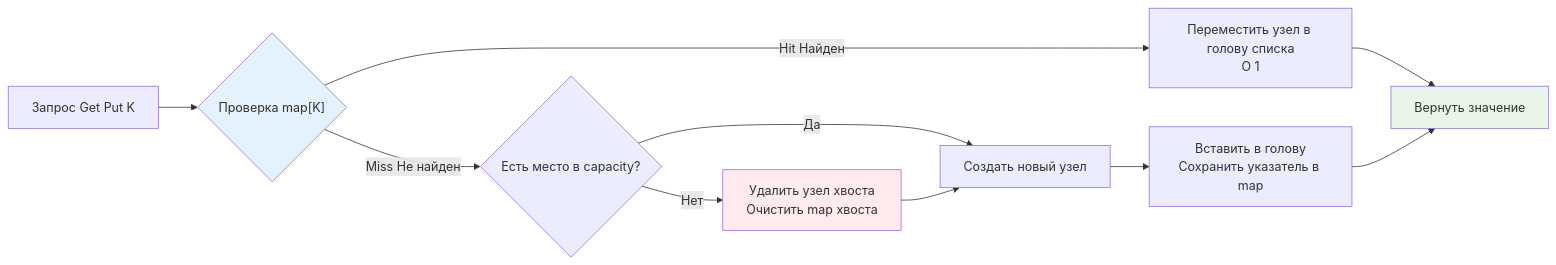
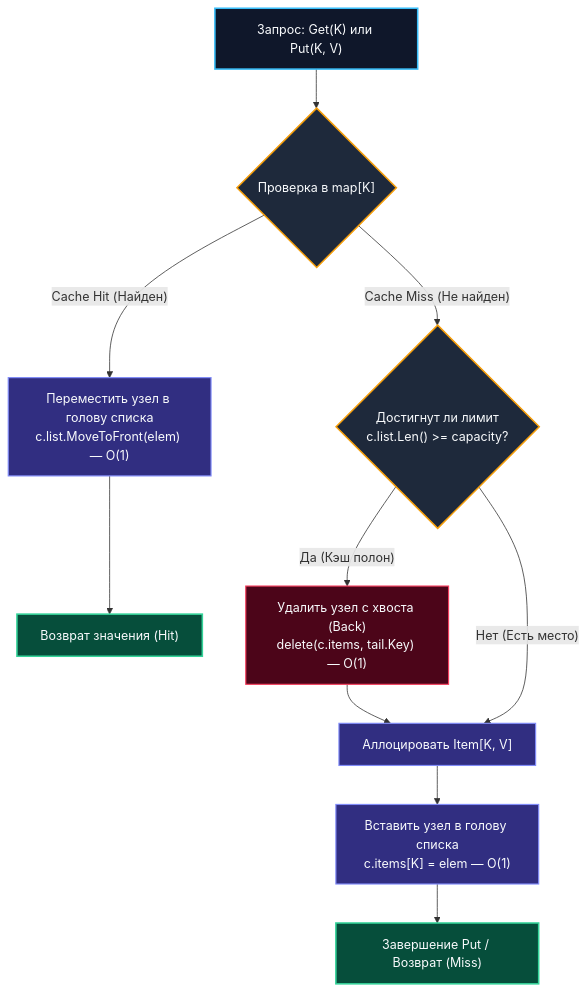
One commit to UnrealTemplier/go-textbook changed the first of 2 diagrams in sources/20. Алгоритмы и структуры данных (DSA) на Go/07. Продвинутые структуры данных/7. LRU кэш.md. Above: the diagram before and after it, drawn with Mermaid. The commit also changed other lines of this file, not shown here.

Commit message:
feat(module-20): editorial rewrite of 07.7 LRU cache in Kernighan style

````diff
--- a/sources/20. Алгоритмы и структуры данных (DSA) на Go/07. Продвинутые структуры данных/7. LRU кэш.md
+++ b/sources/20. Алгоритмы и структуры данных (DSA) на Go/07. Продвинутые структуры данных/7. LRU кэш.md
@@ -17,16 +37,28 @@
 ```mermaid
-flowchart LR
-    Req["Запрос Get Put K"] --> Map{"Проверка map[K]"}
-    Map -->|Hit Найден| Move["Переместить узел в голову списка<br>O 1"]
-    Map -->|Miss Не найден| Check{"Есть место в capacity?"}
-    Check -->|Нет| Evict["Удалить узел хвоста<br>Очистить map хвоста"]
-    Check -->|Да| Create["Создать новый узел"]
+flowchart TD
+    Req["Запрос: Get(K) или Put(K, V)"] --> MapCheck{"Проверка в map[K]"}
+    
+    MapCheck -->|"Cache Hit (Найден)"| Move["Переместить узел в голову списка<br/>c.list.MoveToFront(elem) — O(1)"]
+    MapCheck -->|"Cache Miss (Не найден)"| CapCheck{"Достигнут ли лимит<br/>c.list.Len() >= capacity?"}
+    
+    CapCheck -->|"Да (Кэш полон)"| Evict["Удалить узел с хвоста (Back)<br/>delete(c.items, tail.Key) — O(1)"]
+    CapCheck -->|"Нет (Есть место)"| Create["Аллоцировать Item[K, V]"]
+    
     Evict --> Create
-    Create --> Add["Вставить в голову<br>Сохранить указатель в map"]
-    Move --> Res["Вернуть значение"]
-    Add --> Res
+    Create --> InsertHead["Вставить узел в голову списка<br/>c.items[K] = elem — O(1)"]
+    
+    Move --> ReturnVal["Возврат значения (Hit)"]
+    InsertHead --> ReturnOk["Завершение Put / Возврат (Miss)"]
 
-    style Map fill:#e3f2fd
-    style Evict fill:#ffebee
-    style Res fill:#e8f5e8
+    classDef reqBox fill:#0f172a,stroke:#38bdf8,stroke-width:2px,color:#f8fafc;
+    classDef check fill:#1e293b,stroke:#f59e0b,stroke-width:2px,color:#f8fafc;
+    classDef opBox fill:#312e81,stroke:#818cf8,stroke-width:1.5px,color:#f8fafc;
+    classDef evictBox fill:#4c0519,stroke:#f43f5e,stroke-width:1.5px,color:#f8fafc;
+    classDef okBox fill:#064e3b,stroke:#34d399,stroke-width:2px,color:#f8fafc;
+
+    class Req reqBox;
+    class MapCheck,CapCheck check;
+    class Move,Create,InsertHead opBox;
+    class Evict evictBox;
+    class ReturnVal,ReturnOk okBox;
 ```
````
